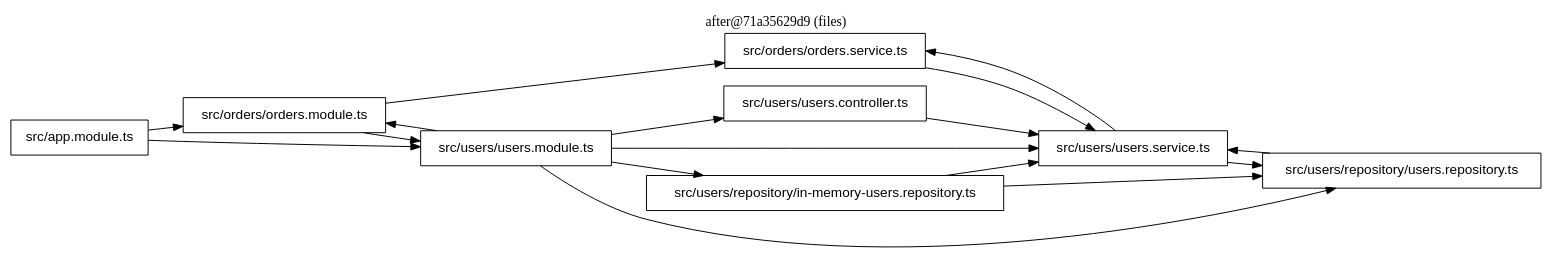
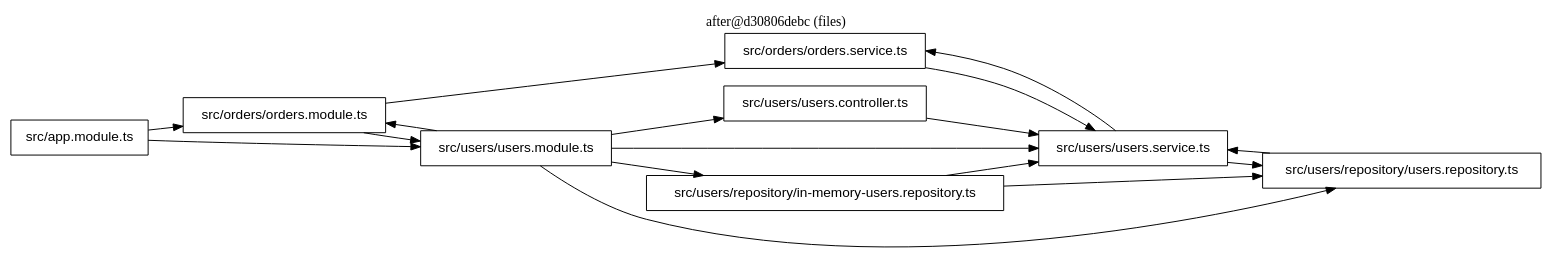
The diagram in examples/nest-shop/files-after.dot (FullFran/archsieve), drawn with Graphviz before and after one commit. The commit also changed 12 other files, not shown here.

First line of the commit message:
fix(render): give Mermaid views explicit colours readable on light and dark themes

```diff
--- a/examples/nest-shop/files-after.dot
+++ b/examples/nest-shop/files-after.dot
@@ -1,29 +1,29 @@
 digraph archsieve {
   rankdir=LR;
   node [shape=box, fontname="Helvetica"];
-  label="after@71a35629d9 (files)"; labelloc=t;
+  label="after@d30806debc (files)"; labelloc=t;
   "src/app.module.ts" [label="src/app.module.ts"];
   "src/orders/orders.module.ts" [label="src/orders/orders.module.ts"];
   "src/orders/orders.service.ts" [label="src/orders/orders.service.ts"];
   "src/users/repository/in-memory-users.repository.ts" [label="src/users/repository/in-memory-users.repository.ts"];
   "src/users/repository/users.repository.ts" [label="src/users/repository/users.repository.ts"];
   "src/users/users.controller.ts" [label="src/users/users.controller.ts"];
   "src/users/users.module.ts" [label="src/users/users.module.ts"];
   "src/users/users.service.ts" [label="src/users/users.service.ts"];
   "src/app.module.ts" -> "src/orders/orders.module.ts";
   "src/app.module.ts" -> "src/users/users.module.ts";
   "src/orders/orders.module.ts" -> "src/orders/orders.service.ts";
   "src/orders/orders.module.ts" -> "src/users/users.module.ts";
   "src/orders/orders.service.ts" -> "src/users/users.service.ts";
   "src/users/repository/in-memory-users.repository.ts" -> "src/users/repository/users.repository.ts";
   "src/users/repository/in-memory-users.repository.ts" -> "src/users/users.service.ts";
   "src/users/repository/users.repository.ts" -> "src/users/users.service.ts";
   "src/users/users.controller.ts" -> "src/users/users.service.ts";
   "src/users/users.module.ts" -> "src/orders/orders.module.ts";
   "src/users/users.module.ts" -> "src/users/repository/in-memory-users.repository.ts";
   "src/users/users.module.ts" -> "src/users/repository/users.repository.ts";
   "src/users/users.module.ts" -> "src/users/users.controller.ts";
   "src/users/users.module.ts" -> "src/users/users.service.ts";
   "src/users/users.service.ts" -> "src/orders/orders.service.ts";
   "src/users/users.service.ts" -> "src/users/repository/users.repository.ts";
 }
```
